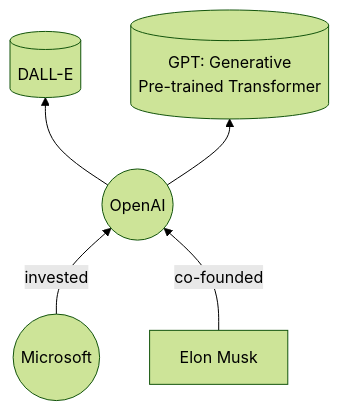
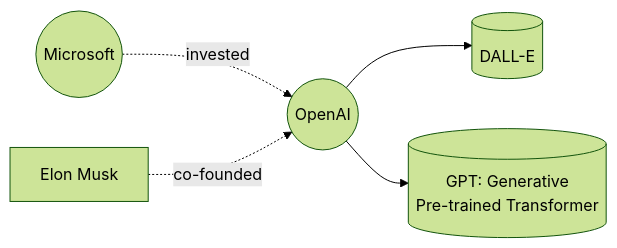
Before and after one commit to FuReSH/slides: the second of 3 diagrams in 2023-01-ki/slides.md, drawn with Mermaid (forest theme). The commit also changed other lines of this file and 1 other file, not shown here.

```diff
--- a/2023-01-ki/slides.md
+++ b/2023-01-ki/slides.md
@@ -107,8 +107,7 @@
 <pre class="mermaid">
-flowchart BT
+flowchart LR
     comp2((OpenAI)) --> dalle[(DALL-E)]
-    comp2((OpenAI)) --> gpt[(GPT: Generative \nPre-trained Transformer)]
-    comp3((Microsoft)) -- invested --> comp2((OpenAI))
-    pers1[Elon Musk] -- co-founded --> comp2((OpenAI))
-
+    comp2 --> gpt[(GPT: Generative \nPre-trained Transformer)]
+    comp3((Microsoft)) -.->|invested| comp2
+    pers1[Elon Musk] -.->|co-founded| comp2
 </pre>
```
